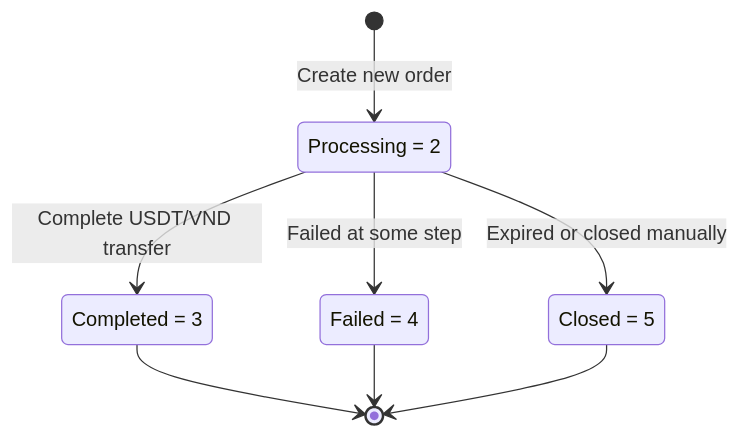
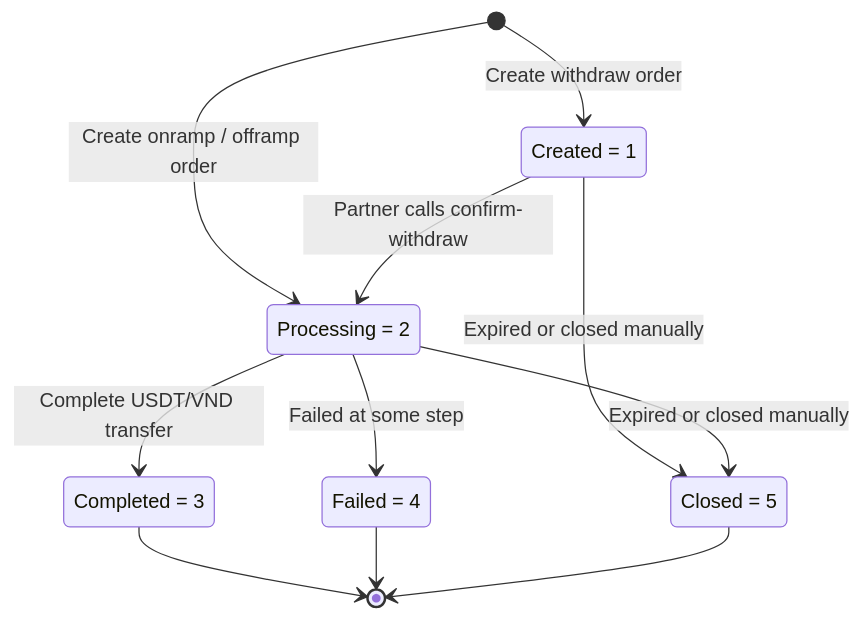
Before and after one commit to trung-holdstation/HoldstationPay-doc: the diagram in guides/order-flow.mdx, drawn with Mermaid. The commit also changed other lines of this file and 11 other files, not shown here.

First line of the commit message:
Document withdraw states, MID VA endpoints, customer-info, and partner webhook URL

````diff
--- a/guides/order-flow.mdx
+++ b/guides/order-flow.mdx
@@ -18,15 +18,19 @@
 ```mermaid
 stateDiagram-v2
+    state "Created = 1" as CR
     state "Processing = 2" as P
     state "Completed = 3" as C
     state "Failed = 4" as F
     state "Closed = 5" as CL
 
-    [*] --> P: Create new order
+    [*] --> CR: Create withdraw order
+    [*] --> P: Create onramp / offramp order
+    CR --> P: Partner calls confirm-withdraw
+    CR --> CL: Expired or closed manually
     P --> C: Complete USDT/VND transfer
     P --> F: Failed at some step
     P --> CL: Expired or closed manually
     C --> [*]
     F --> [*]
     CL --> [*]
 ```
````
